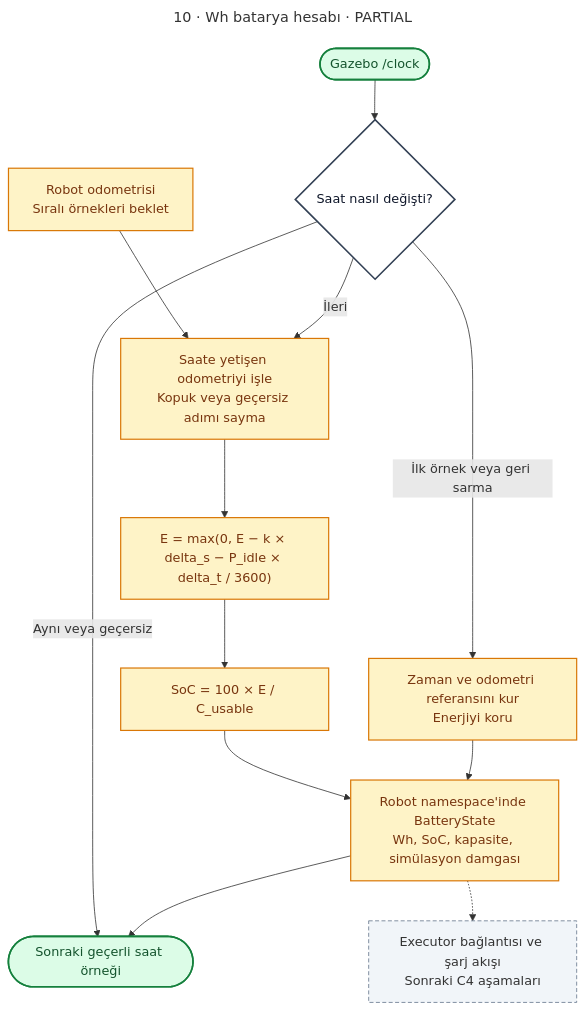
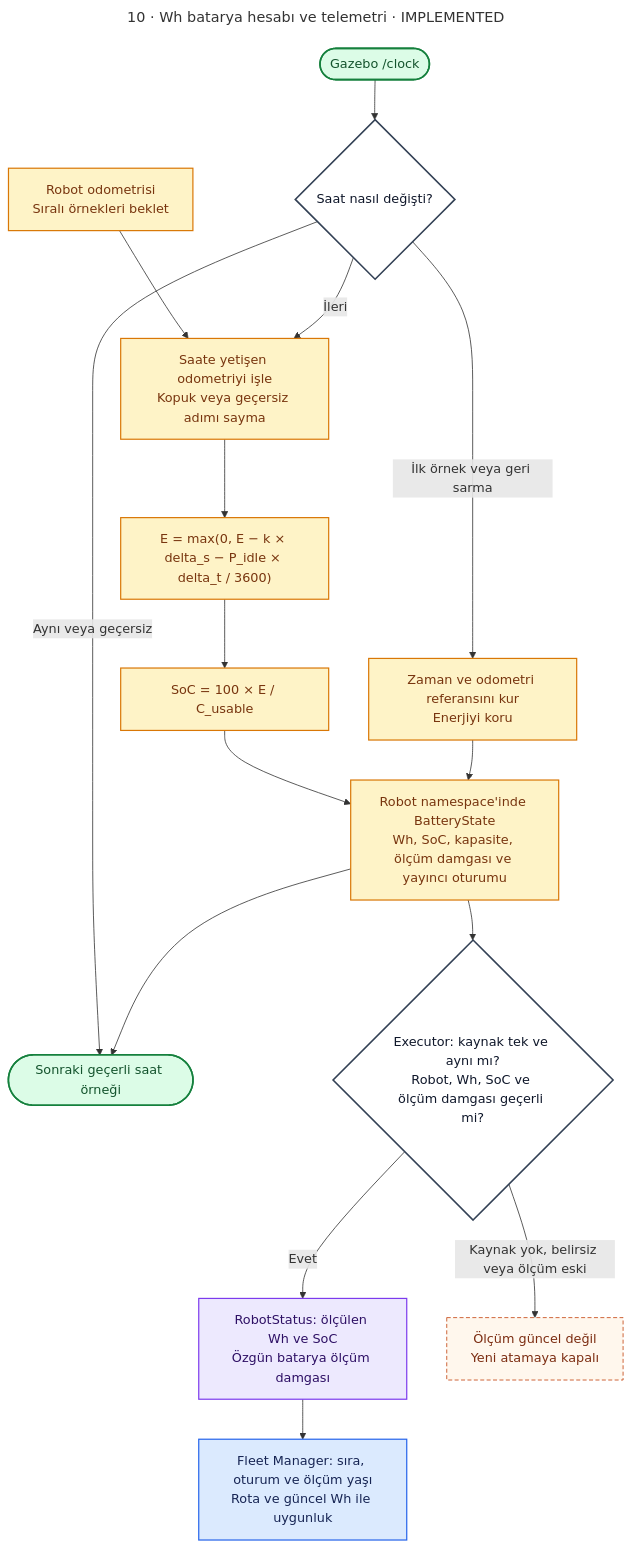
The tenth of 18 diagrams in docs/diagrams/README.md (m-gnr/ros2-fleet-manager), drawn with Mermaid before and after one commit. The commit also changed other lines of this file and 48 other files, not shown here.

Commit message:
feat(battery): integrate telemetry with executor and fleet manager

````diff
--- a/docs/diagrams/README.md
+++ b/docs/diagrams/README.md
@@ -589,22 +589,27 @@
 ```mermaid
 ---
-title: "10 · Wh batarya hesabı · PARTIAL"
+title: "10 · Wh batarya hesabı ve telemetri · IMPLEMENTED"
 ---
 flowchart TD
  O["Robot odometrisi<br/>Sıralı örnekleri beklet"]:::battery --> D
  C(["Gazebo /clock"]):::terminal --> T{"Saat nasıl değişti?"}:::decision
  T -->|"İlk örnek veya geri sarma"| R["Zaman ve odometri referansını kur<br/>Enerjiyi koru"]:::battery
  T -->|"Aynı veya geçersiz"| W(["Sonraki geçerli saat örneği"]):::terminal
  T -->|"İleri"| D["Saate yetişen odometriyi işle<br/>Kopuk veya geçersiz adımı sayma"]:::battery
  D --> E["E = max(0, E − k × delta_s − P_idle × delta_t / 3600)"]:::battery
  E --> S["SoC = 100 × E / C_usable"]:::battery
- S --> P["Robot namespace'inde BatteryState<br/>Wh, SoC, kapasite, simülasyon damgası"]:::battery
+ S --> P["Robot namespace'inde BatteryState<br/>Wh, SoC, kapasite, ölçüm damgası ve yayıncı oturumu"]:::battery
  R --> P
  P --> W
- P -.-> F["Executor bağlantısı ve şarj akışı<br/>Sonraki C4 aşamaları"]:::planned
+ P --> EX{"Executor: kaynak tek ve aynı mı?<br/>Robot, Wh, SoC ve ölçüm damgası geçerli mi?"}:::decision
+ EX -->|"Evet"| RS["RobotStatus: ölçülen Wh ve SoC<br/>Özgün batarya ölçüm damgası"]:::executor
+ EX -->|"Kaynak yok, belirsiz veya ölçüm eski"| NO["Ölçüm güncel değil<br/>Yeni atamaya kapalı"]:::wait
+ RS --> FM["Fleet Manager: sıra, oturum ve ölçüm yaşı<br/>Rota ve güncel Wh ile uygunluk"]:::fm
 
  classDef battery fill:#fef3c7,stroke:#d97706,color:#78350f,stroke-width:1.5px;
  classDef decision fill:#fff,stroke:#334155,color:#0f172a,stroke-width:2px;
  classDef terminal fill:#dcfce7,stroke:#15803d,color:#14532d,stroke-width:2px;
- classDef planned fill:#f1f5f9,stroke:#64748b,stroke-dasharray:5 3;
+ classDef executor fill:#ede9fe,stroke:#7c3aed,color:#2e1065,stroke-width:1.5px;
+ classDef fm fill:#dbeafe,stroke:#2563eb,color:#172554,stroke-width:1.5px;
+ classDef wait fill:#fff7ed,stroke:#c2410c,color:#7c2d12,stroke-dasharray:5 3;
 ```
````
